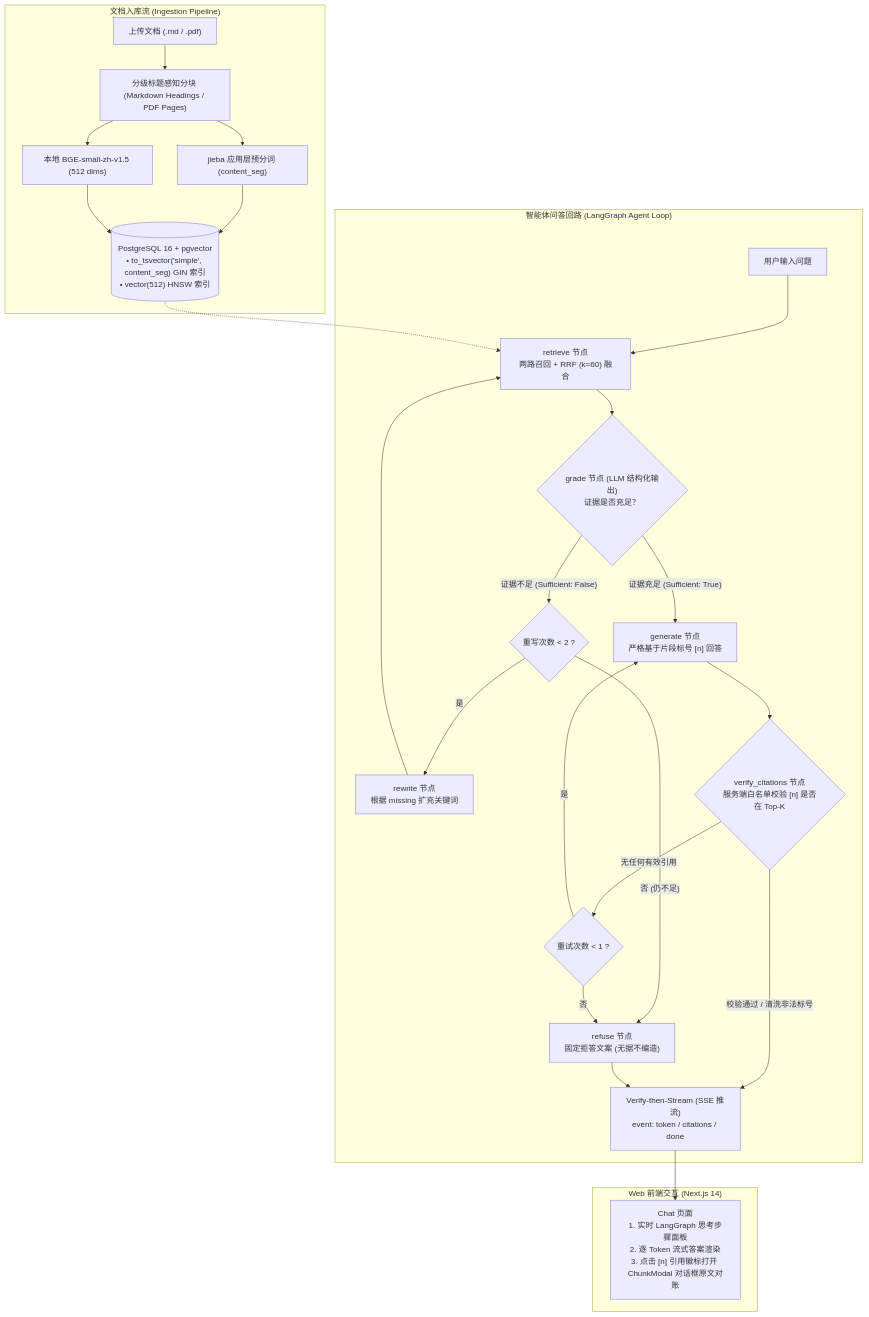
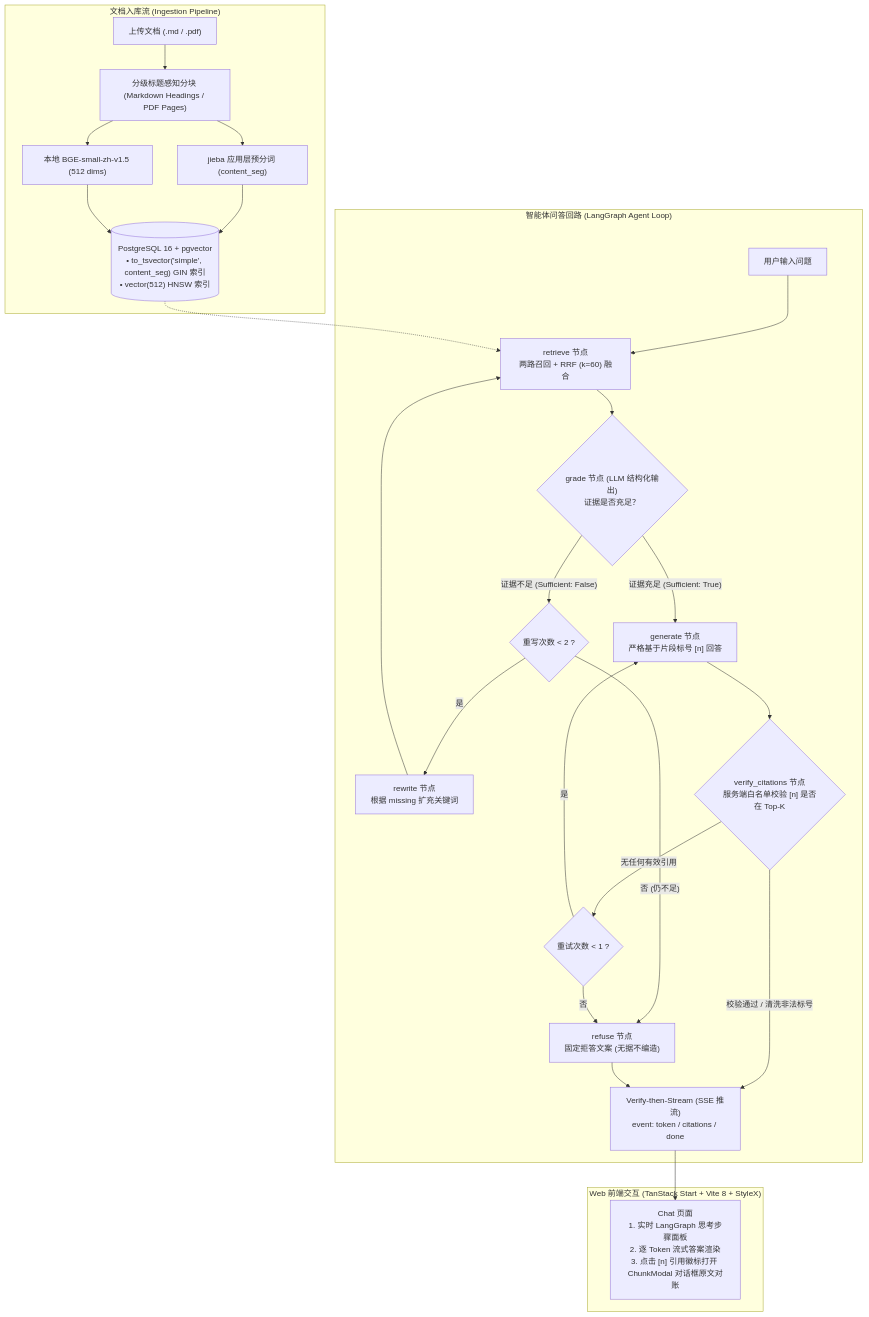
The diagram in README.md (Viorenze/EvidenceOS), drawn with Mermaid before and after one commit. The commit also changed other lines of this file and 50 other files, not shown here.

Commit message:
feat: refactor web frontend to TanStack Start + Vite 8 + StyleX (v2.0.0)

````diff
--- a/README.md
+++ b/README.md
@@ -17,35 +18,35 @@
 ```mermaid
 flowchart TD
     subgraph Ingestion["文档入库流 (Ingestion Pipeline)"]
         doc["上传文档 (.md / .pdf)"] --> chunker["分级标题感知分块 (Markdown Headings / PDF Pages)"]
         chunker --> jieba["jieba 应用层预分词 (content_seg)"]
         chunker --> bge["本地 BGE-small-zh-v1.5 (512 dims)"]
         jieba --> pg[("PostgreSQL 16 + pgvector<br/>• to_tsvector('simple', content_seg) GIN 索引<br/>• vector(512) HNSW 索引")]
         bge --> pg
     end
 
     subgraph Serving["智能体问答回路 (LangGraph Agent Loop)"]
         q["用户输入问题"] --> ret["retrieve 节点<br/>两路召回 + RRF (k=60) 融合"]
         pg -.-> ret
         ret --> grade{"grade 节点 (LLM 结构化输出)<br/>证据是否充足？"}
 
         grade -- "证据不足 (Sufficient: False)" --> check_rw{"重写次数 < 2 ?"}
         check_rw -- "是" --> rewrite["rewrite 节点<br/>根据 missing 扩充关键词"]
         rewrite --> ret
         check_rw -- "否 (仍不足)" --> refuse["refuse 节点<br/>固定拒答文案 (无据不编造)"]
 
         grade -- "证据充足 (Sufficient: True)" --> gen["generate 节点<br/>严格基于片段标号 [n] 回答"]
         gen --> verify{"verify_citations 节点<br/>服务端白名单校验 [n] 是否在 Top-K"}
 
         verify -- "无任何有效引用" --> retry{"重试次数 < 1 ?"}
         retry -- "是" --> gen
         retry -- "否" --> refuse
 
         verify -- "校验通过 / 清洗非法标号" --> stream["Verify-then-Stream (SSE 推流)<br/>event: token / citations / done"]
         refuse --> stream
     end
 
-    subgraph Client["Web 前端交互 (Next.js 14)"]
+    subgraph Client["Web 前端交互 (TanStack Start + Vite 8 + StyleX)"]
         stream --> ui["Chat 页面<br/>1. 实时 LangGraph 思考步骤面板<br/>2. 逐 Token 流式答案渲染<br/>3. 点击 [n] 引用徽标打开 ChunkModal 对话框原文对账"]
     end
 ```
````
